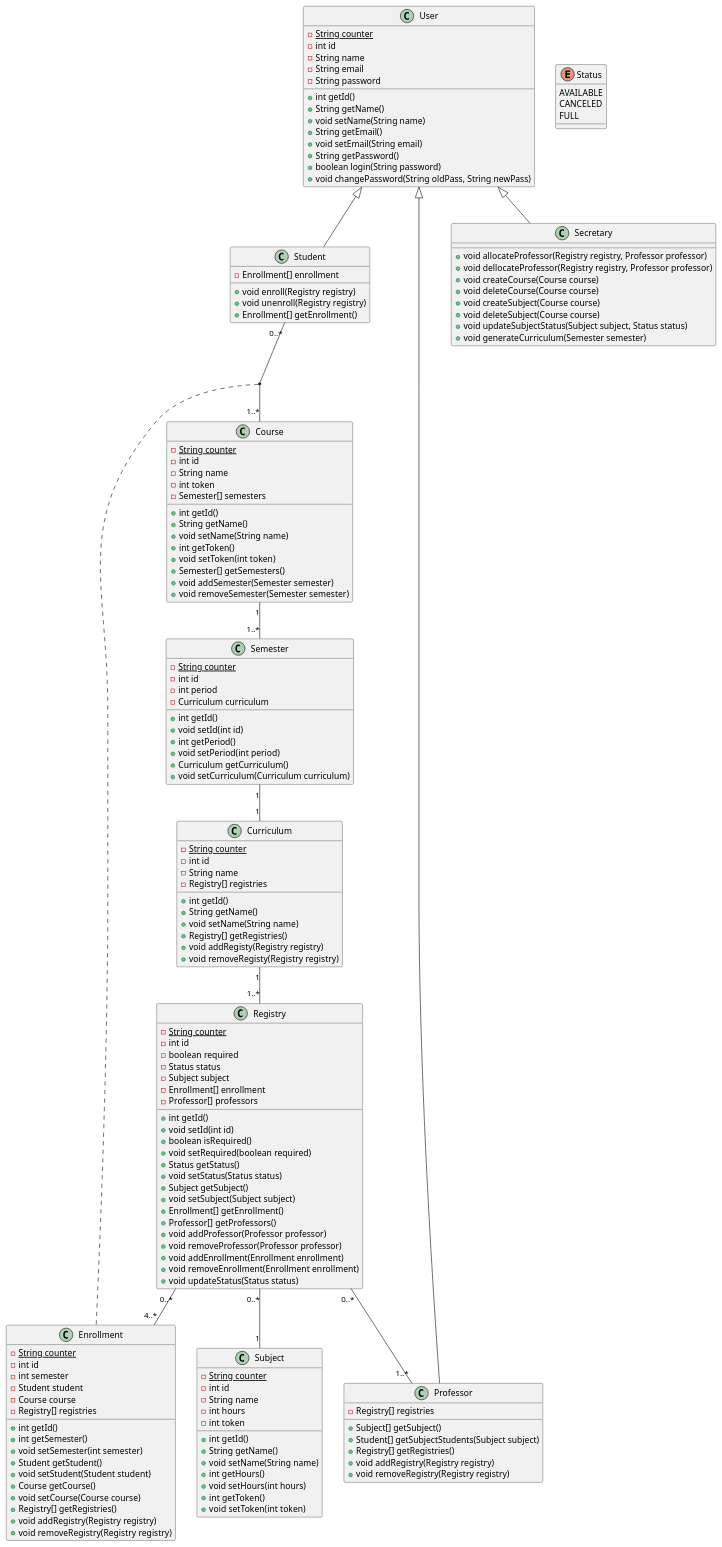
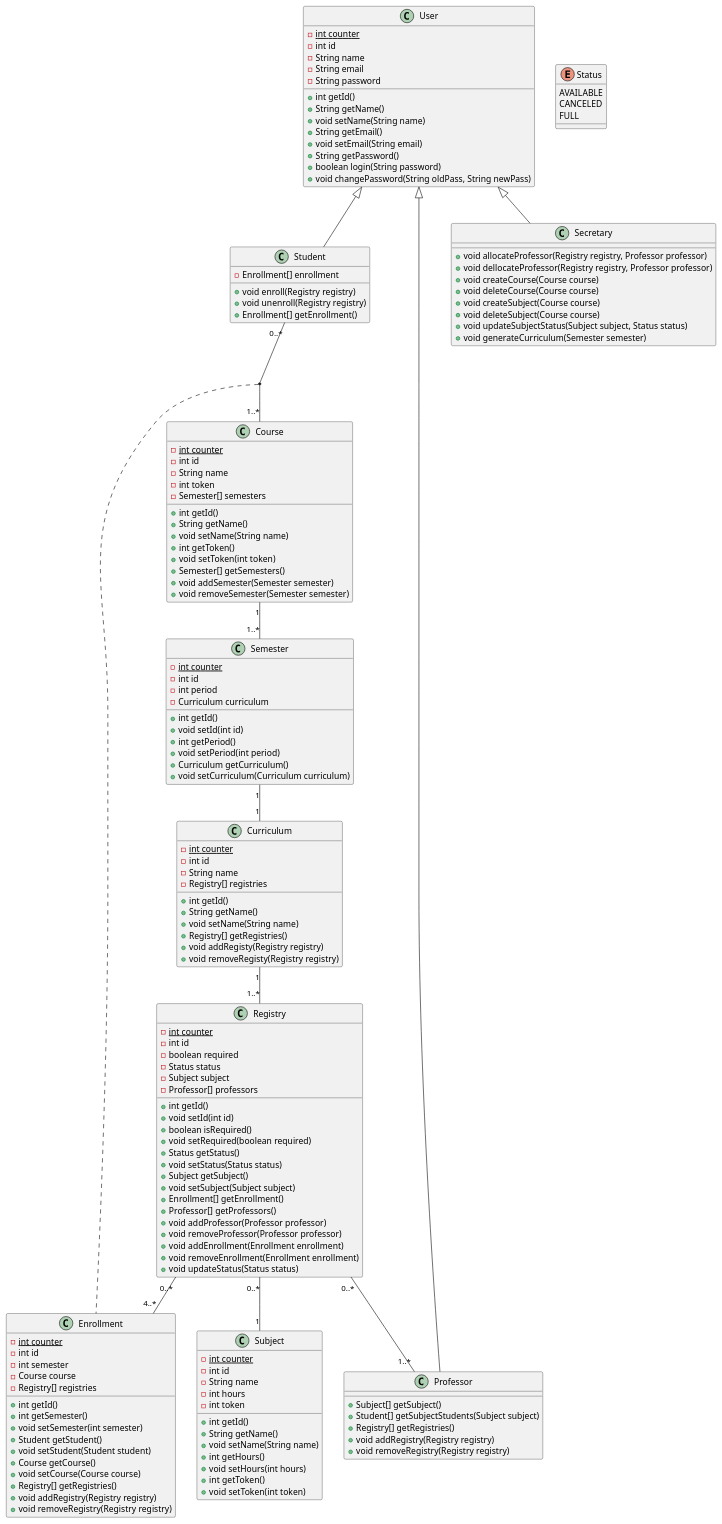
Before and after one commit to migueltico2/laboratorio-de-desenvolvimento-de-software: the diagram in projeto 1/project/classDiagram.plantuml, drawn with PlantUML. The commit also changed 7 other files, not shown here.

```diff
--- a/projeto 1/project/classDiagram.plantuml
+++ b/projeto 1/project/classDiagram.plantuml
@@ -1,157 +1,154 @@
 @startuml
 
 class User {
-    -{static} String counter
+    -{static} int counter
     -int id
     -String name
     -String email
     -String password
     +int getId()
     +String getName()
     +void setName(String name)
     +String getEmail()
     +void setEmail(String email)
     +String getPassword()
     +boolean login(String password)
     +void changePassword(String oldPass, String newPass)
 }
 class Student {
     -Enrollment[] enrollment
     +void enroll(Registry registry)
     +void unenroll(Registry registry)
     +Enrollment[] getEnrollment()
 }
 class Professor {
-    -Registry[] registries
     +Subject[] getSubject()
     +Student[] getSubjectStudents(Subject subject)
     +Registry[] getRegistries()
     +void addRegistry(Registry registry)
     +void removeRegistry(Registry registry)
 }
 class Secretary {
     +void allocateProfessor(Registry registry, Professor professor)
     +void dellocateProfessor(Registry registry, Professor professor)
     +void createCourse(Course course)
     +void deleteCourse(Course course)
     +void createSubject(Course course)
     +void deleteSubject(Course course)
     +void updateSubjectStatus(Subject subject, Status status)
     +void generateCurriculum(Semester semester)
 }
 class Enrollment {
-    -{static} String counter
+    -{static} int counter
     -int id
     -int semester
-    -Student student
     -Course course
     -Registry[] registries
     +int getId()
     +int getSemester()
     +void setSemester(int semester)
     +Student getStudent()
     +void setStudent(Student student)
     +Course getCourse()
     +void setCourse(Course course)
     +Registry[] getRegistries()
     +void addRegistry(Registry registry)
     +void removeRegistry(Registry registry)
 }
 class Course {
-    -{static} String counter
+    -{static} int counter
     -int id
     -String name
     -int token
     -Semester[] semesters
     +int getId()
     +String getName()
     +void setName(String name)
     +int getToken()
     +void setToken(int token)
     +Semester[] getSemesters()
     +void addSemester(Semester semester)
     +void removeSemester(Semester semester)
 }
 class Semester {
-    -{static} String counter
+    -{static} int counter
     -int id
     -int period
     -Curriculum curriculum
     +int getId()
     +void setId(int id)
     +int getPeriod()
     +void setPeriod(int period)
     +Curriculum getCurriculum()
     +void setCurriculum(Curriculum curriculum)
 }
 class Curriculum {
-    -{static} String counter
+    -{static} int counter
     -int id
     -String name
     -Registry[] registries
     +int getId()
     +String getName()
     +void setName(String name)
     +Registry[] getRegistries()
     +void addRegisty(Registry registry)
     +void removeRegisty(Registry registry)
 }
 class Subject {
-    -{static} String counter
+    -{static} int counter
     -int id
     -String name
     -int hours
     -int token
     +int getId()
     +String getName()
     +void setName(String name)
     +int getHours()
     +void setHours(int hours)
     +int getToken()
     +void setToken(int token)
 }
 class Registry {
-    -{static} String counter
+    -{static} int counter
     -int id
     -boolean required
     -Status status
     -Subject subject
-    -Enrollment[] enrollment
     -Professor[] professors
     +int getId()
     +void setId(int id)
     +boolean isRequired()
     +void setRequired(boolean required)
     +Status getStatus()
     +void setStatus(Status status)
     +Subject getSubject()
     +void setSubject(Subject subject)
     +Enrollment[] getEnrollment()
     +Professor[] getProfessors()
     +void addProfessor(Professor professor)
     +void removeProfessor(Professor professor)
     +void addEnrollment(Enrollment enrollment)
     +void removeEnrollment(Enrollment enrollment)
     +void updateStatus(Status status)
 }
 
 enum Status {
     AVAILABLE
     CANCELED
     FULL
 }
 
 User <|-- Student
 User <|-- Professor
 User <|-- Secretary
 
 Course "1" -- "1..*" Semester
 Semester "1" -- "1" Curriculum
 Curriculum "1" -- "1..*" Registry
 Registry "0..*" -- "1" Subject
 Student "0..*" -- "1..*" Course
 (Student, Course) . Enrollment
 Registry "0..*" -- "4..*" Enrollment
 Registry "0..*" -- "1..*" Professor
 
 @enduml
```
